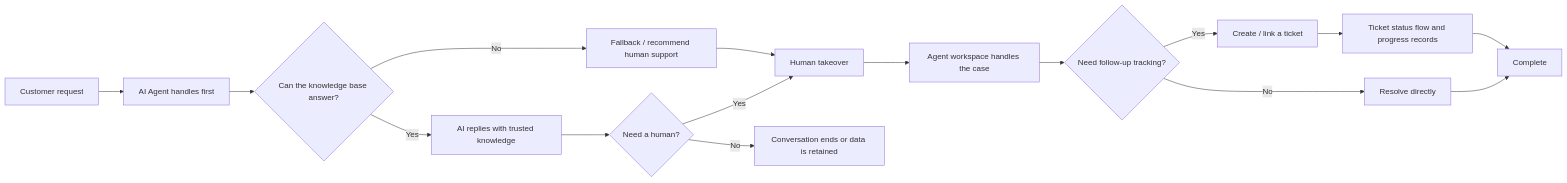
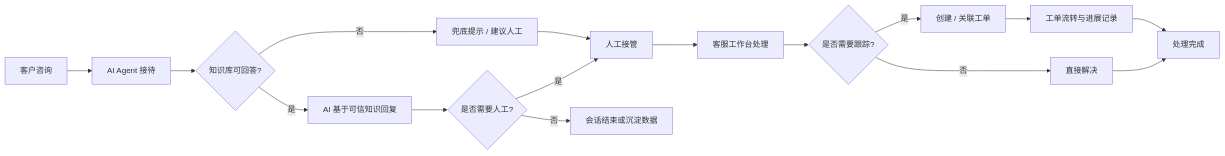
One commit to 520skyincloud/agentdesk changed the second of 2 diagrams in README.md. Above: the diagram before and after it, drawn with Mermaid. The commit also changed other lines of this file and 95 other files, not shown here.

````diff
--- a/README.md
+++ b/README.md
@@ -238,18 +246,18 @@
 ```mermaid
 flowchart LR
-    A[Customer request] --> B[AI Agent handles first]
-    B --> C{Can the knowledge base answer?}
-    C -- Yes --> D[AI replies with trusted knowledge]
-    C -- No --> E[Fallback / recommend human support]
-    D --> F{Need a human?}
-    E --> G[Human takeover]
-    F -- No --> H[Conversation ends or data is retained]
-    F -- Yes --> G
-    G --> I[Agent workspace handles the case]
-    I --> J{Need follow-up tracking?}
-    J -- Yes --> K[Create / link a ticket]
-    J -- No --> L[Resolve directly]
-    K --> M[Ticket status flow and progress records]
-    M --> N[Complete]
+    A[客户咨询] --> B[AI Agent 接待]
+    B --> C{知识库可回答?}
+    C -- 是 --> D[AI 基于可信知识回复]
+    C -- 否 --> E[兜底提示 / 建议人工]
+    D --> F{是否需要人工?}
+    E --> G[人工接管]
+    F -- 否 --> H[会话结束或沉淀数据]
+    F -- 是 --> G
+    G --> I[客服工作台处理]
+    I --> J{是否需要跟踪?}
+    J -- 是 --> K[创建 / 关联工单]
+    J -- 否 --> L[直接解决]
+    K --> M[工单流转与进展记录]
+    M --> N[处理完成]
     L --> N
 ```
````
